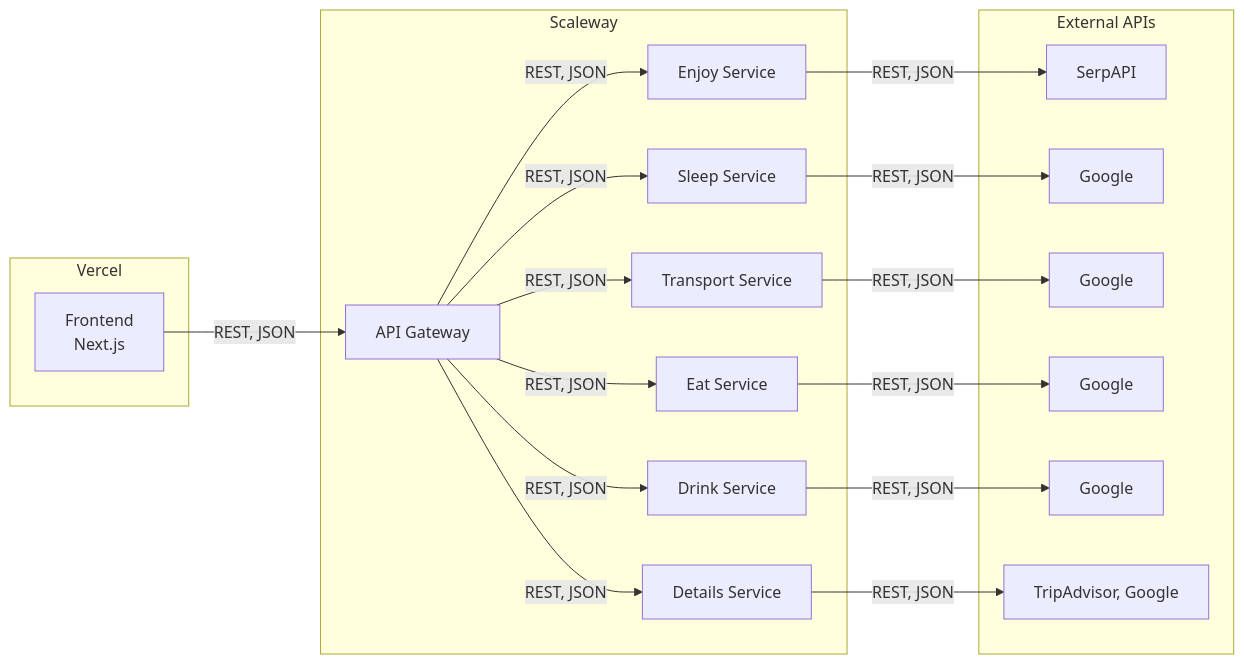
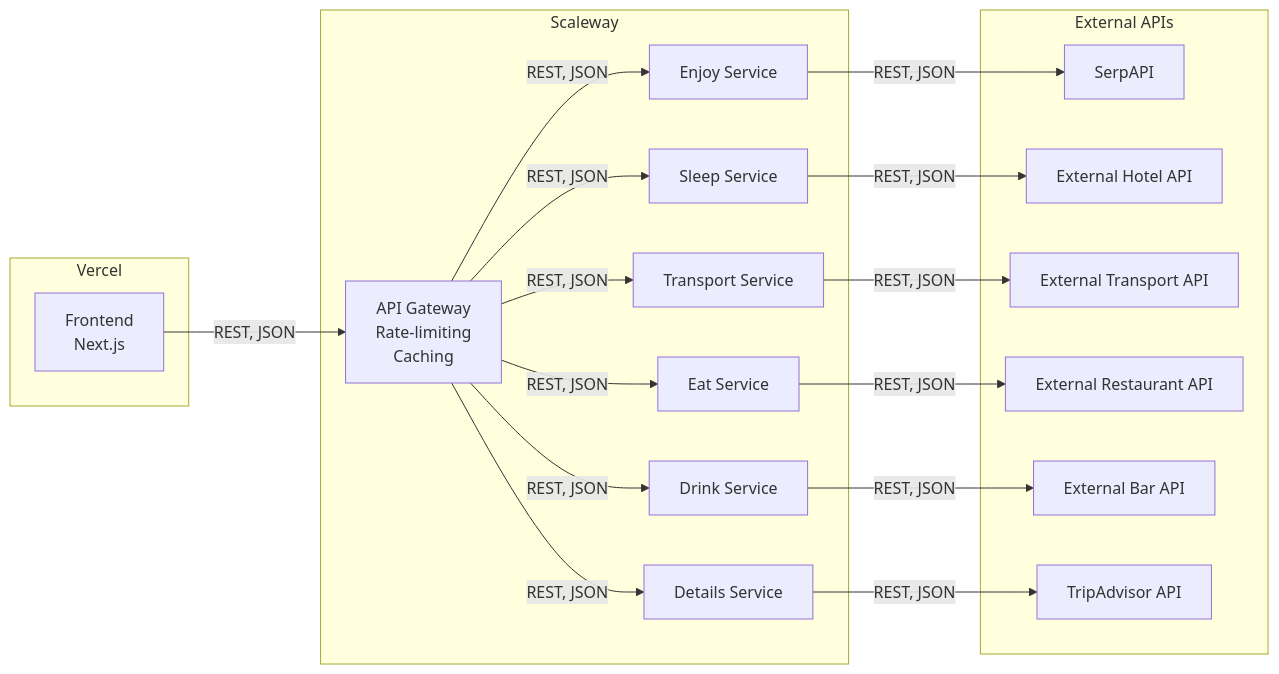
Before and after one commit to EpicRoadTrip/EpicRoadTrip: the diagram in README.md, drawn with Mermaid. The commit also changed other lines of this file, not shown here.

````diff
--- a/README.md
+++ b/README.md
@@ -76,36 +76,36 @@
 ```mermaid
 graph LR
   subgraph Vercel
     A[Frontend<br>Next.js]
   end
   subgraph Scaleway
-    B[API Gateway]
+    B[API Gateway<br>Rate-limiting<br>Caching]
     D[Enjoy Service]
     E[Sleep Service]
     F[Transport Service]
     G[Eat Service]
     H[Drink Service]
     I[Details Service]
   end
   A -- REST, JSON --> B
   B -- REST, JSON --> D
   B -- REST, JSON --> E
   B -- REST, JSON --> F
   B -- REST, JSON --> G
   B -- REST, JSON --> H
   B -- REST, JSON --> I
   subgraph External APIs
     L[SerpAPI]
-    M[Google]
-    N[Google]
-    O[Google]
-    P[Google]
-    Q[TripAdvisor, Google]
+    M[External Hotel API]
+    N[External Transport API]
+    O[External Restaurant API]
+    P[External Bar API]
+    Q[TripAdvisor API]
   end
   D -- REST, JSON --> L
   E -- REST, JSON --> M
   F -- REST, JSON --> N
   G -- REST, JSON --> O
   H -- REST, JSON --> P
   I -- REST, JSON --> Q
 ```
````
